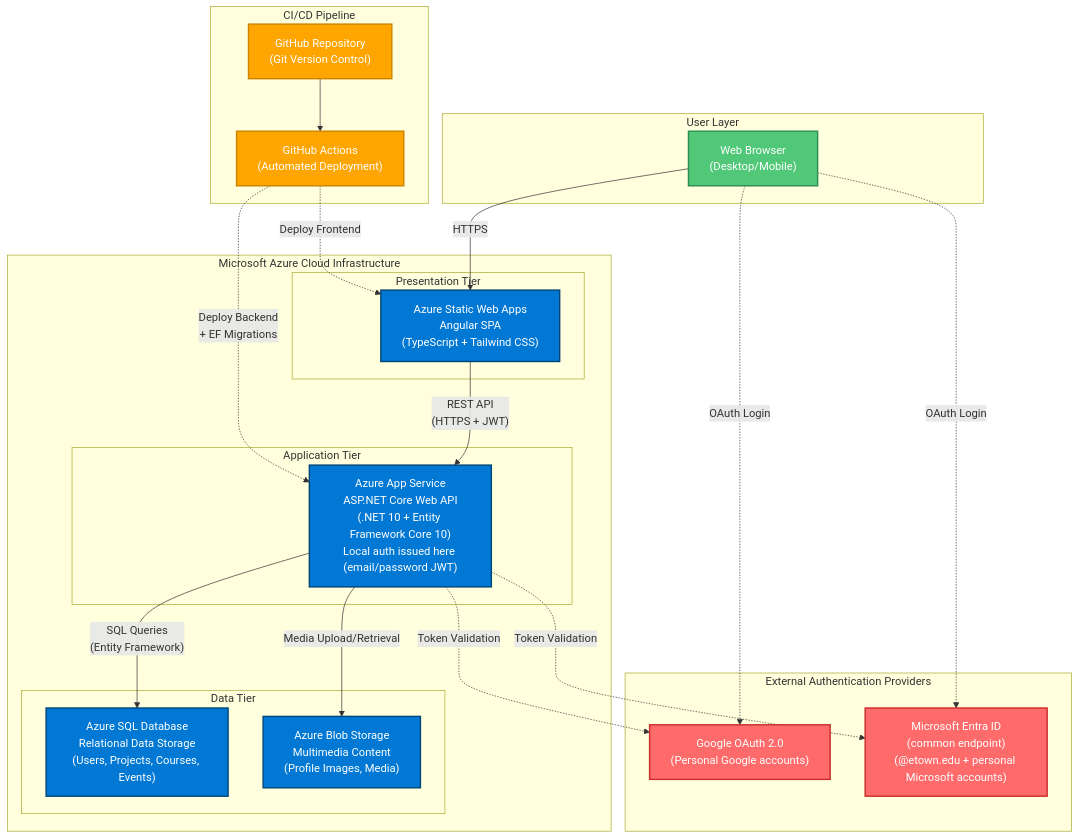
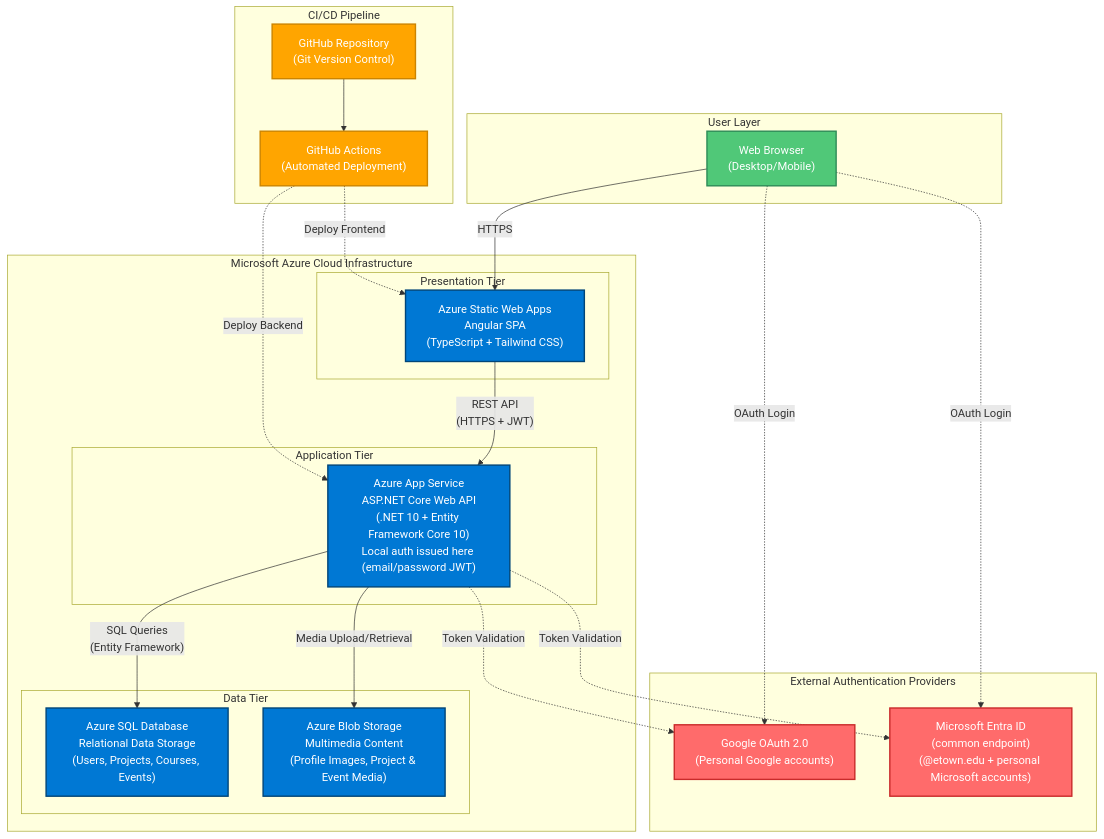
One commit to Etown-CS/JayWiki changed the diagram in Docs/systemarchitecture.md. Above: the diagram before and after it, drawn with Mermaid. The commit also changed other lines of this file and 5 other files, not shown here.

First line of the commit message:
Docs: update DB schema, lessons, setup & auth flow

````diff
--- a/Docs/systemarchitecture.md
+++ b/Docs/systemarchitecture.md
@@ -5,63 +5,63 @@
 ```mermaid
 flowchart TB
     subgraph User["User Layer"]
         Browser["Web Browser<br/>(Desktop/Mobile)"]
     end
     
     subgraph GitHub["CI/CD Pipeline"]
         GH["GitHub Repository<br/>(Git Version Control)"]
         Actions["GitHub Actions<br/>(Automated Deployment)"]
     end
     
     subgraph Azure["Microsoft Azure Cloud Infrastructure"]
         subgraph Presentation["Presentation Tier"]
             SWA["Azure Static Web Apps<br/>Angular SPA<br/>(TypeScript + Tailwind CSS)"]
         end
         
         subgraph Application["Application Tier"]
             AppService["Azure App Service<br/>ASP.NET Core Web API<br/>(.NET 10 + Entity Framework Core 10)<br/>Local auth issued here (email/password JWT)"]
         end
         
         subgraph Data["Data Tier"]
             SQL["Azure SQL Database<br/>Relational Data Storage<br/>(Users, Projects, Courses, Events)"]
-            Blob["Azure Blob Storage<br/>Multimedia Content<br/>(Profile Images, Media)"]
+            Blob["Azure Blob Storage<br/>Multimedia Content<br/>(Profile Images, Project & Event Media)"]
         end
     end
     
     subgraph Auth["External Authentication Providers"]
         Google["Google OAuth 2.0<br/>(Personal Google accounts)"]
         Microsoft["Microsoft Entra ID<br/>(common endpoint)<br/>(@etown.edu + personal Microsoft accounts)"]
     end
     
     %% User interactions
     Browser -->|"HTTPS"| SWA
     Browser -.->|"OAuth Login"| Google
     Browser -.->|"OAuth Login"| Microsoft
     
     %% Frontend to Backend
     SWA -->|"REST API<br/>(HTTPS + JWT)"| AppService
     
     %% Backend to Data
     AppService -->|"SQL Queries<br/>(Entity Framework)"| SQL
     AppService -->|"Media Upload/Retrieval"| Blob
     
     %% Authentication validation
     AppService -.->|"Token Validation"| Google
     AppService -.->|"Token Validation"| Microsoft
     
     %% CI/CD Flow
     GH --> Actions
     Actions -.->|"Deploy Frontend"| SWA
-    Actions -.->|"Deploy Backend<br/>+ EF Migrations"| AppService
+    Actions -.->|"Deploy Backend"| AppService
     
     %% Styling
     classDef azureService fill:#0078D4,stroke:#004578,stroke-width:2px,color:#fff
     classDef userLayer fill:#50C878,stroke:#2E8B57,stroke-width:2px,color:#fff
     classDef authLayer fill:#FF6B6B,stroke:#C92A2A,stroke-width:2px,color:#fff
     classDef cicdLayer fill:#FFA500,stroke:#CC8400,stroke-width:2px,color:#fff
     
     class SWA,AppService,SQL,Blob azureService
     class Browser userLayer
     class Google,Microsoft authLayer
     class GH,Actions cicdLayer
 ```
````
